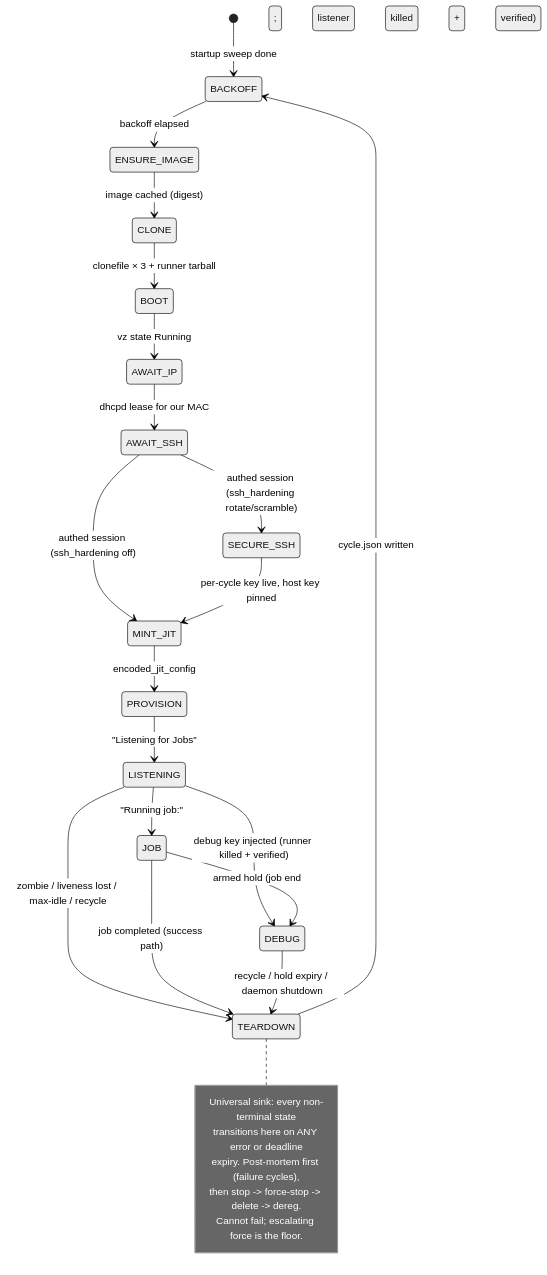
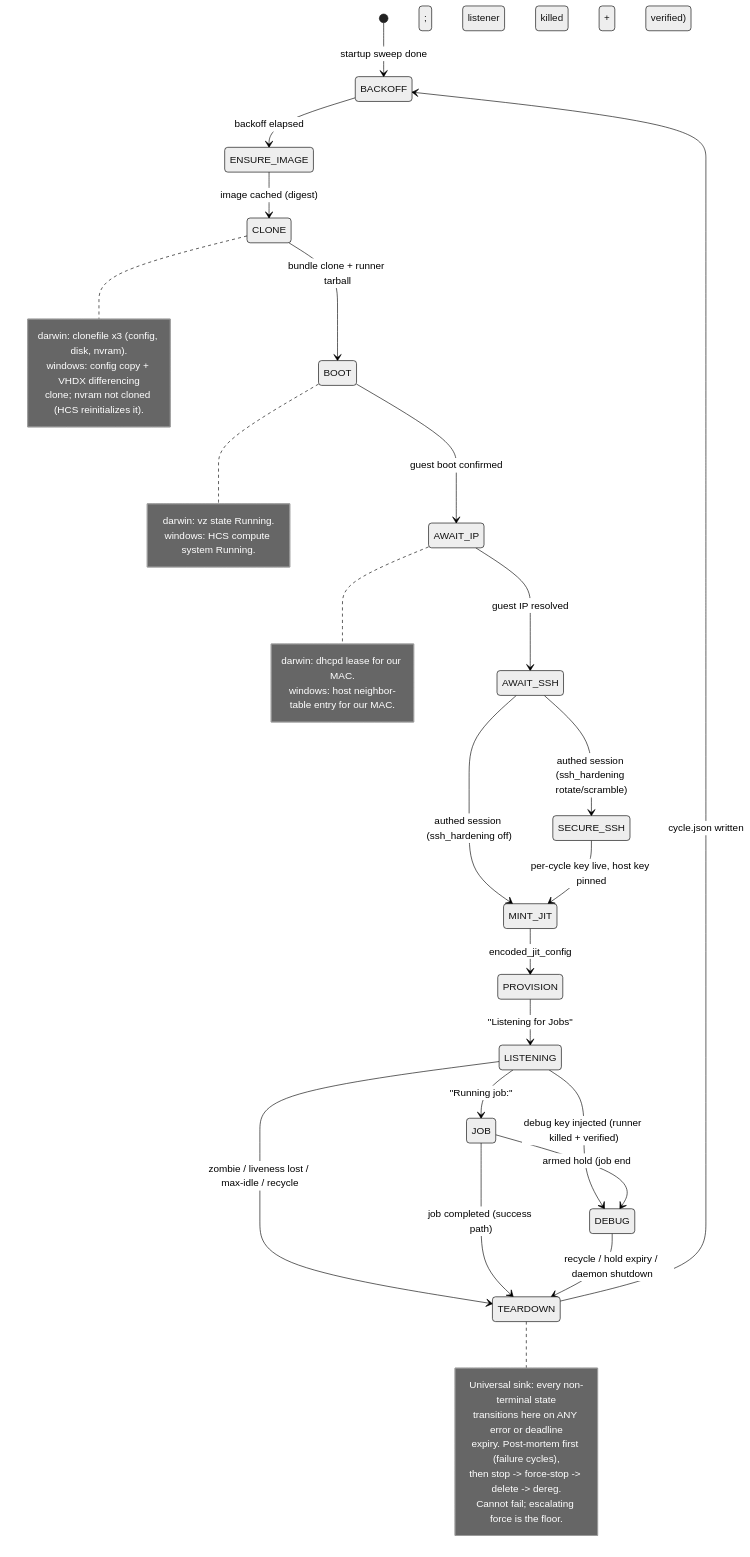
One commit to bojanrajkovic/runny changed the second of 2 diagrams in docs/architecture/runnyd.md. Above: the diagram before and after it, drawn with Mermaid (neutral theme). The commit also changed other lines of this file and 3 other files, not shown here.

````diff
--- a/docs/architecture/runnyd.md
+++ b/docs/architecture/runnyd.md
@@ -46,29 +47,45 @@
 ```mermaid
 stateDiagram-v2
     [*] --> BACKOFF: startup sweep done
     BACKOFF --> ENSURE_IMAGE: backoff elapsed
     ENSURE_IMAGE --> CLONE: image cached (digest)
-    CLONE --> BOOT: clonefile × 3 + runner tarball
-    BOOT --> AWAIT_IP: vz state Running
-    AWAIT_IP --> AWAIT_SSH: dhcpd lease for our MAC
+    CLONE --> BOOT: bundle clone + runner tarball
+    BOOT --> AWAIT_IP: guest boot confirmed
+    AWAIT_IP --> AWAIT_SSH: guest IP resolved
     AWAIT_SSH --> SECURE_SSH: authed session (ssh_hardening rotate/scramble)
     AWAIT_SSH --> MINT_JIT: authed session (ssh_hardening off)
     SECURE_SSH --> MINT_JIT: per-cycle key live, host key pinned
     MINT_JIT --> PROVISION: encoded_jit_config
     PROVISION --> LISTENING: "Listening for Jobs"
     LISTENING --> JOB: "Running job:"
     LISTENING --> TEARDOWN: zombie / liveness lost / max-idle / recycle
     LISTENING --> DEBUG: debug key injected (runner killed + verified)
     JOB --> TEARDOWN: job completed (success path)
     JOB --> DEBUG: armed hold (job end; listener killed + verified)
     DEBUG --> TEARDOWN: recycle / hold expiry / daemon shutdown
     TEARDOWN --> BACKOFF: cycle.json written
 
+    note right of CLONE
+        darwin: clonefile x3 (config, disk, nvram).
+        windows: config copy + VHDX differencing
+        clone; nvram not cloned (HCS reinitializes it).
+    end note
+
+    note right of BOOT
+        darwin: vz state Running.
+        windows: HCS compute system Running.
+    end note
+
+    note right of AWAIT_IP
+        darwin: dhcpd lease for our MAC.
+        windows: host neighbor-table entry for our MAC.
+    end note
+
     note right of TEARDOWN
         Universal sink: every non-terminal state
         transitions here on ANY error or deadline
         expiry. Post-mortem first (failure cycles),
         then stop -> force-stop -> delete -> dereg.
         Cannot fail; escalating force is the floor.
     end note
 ```
````
